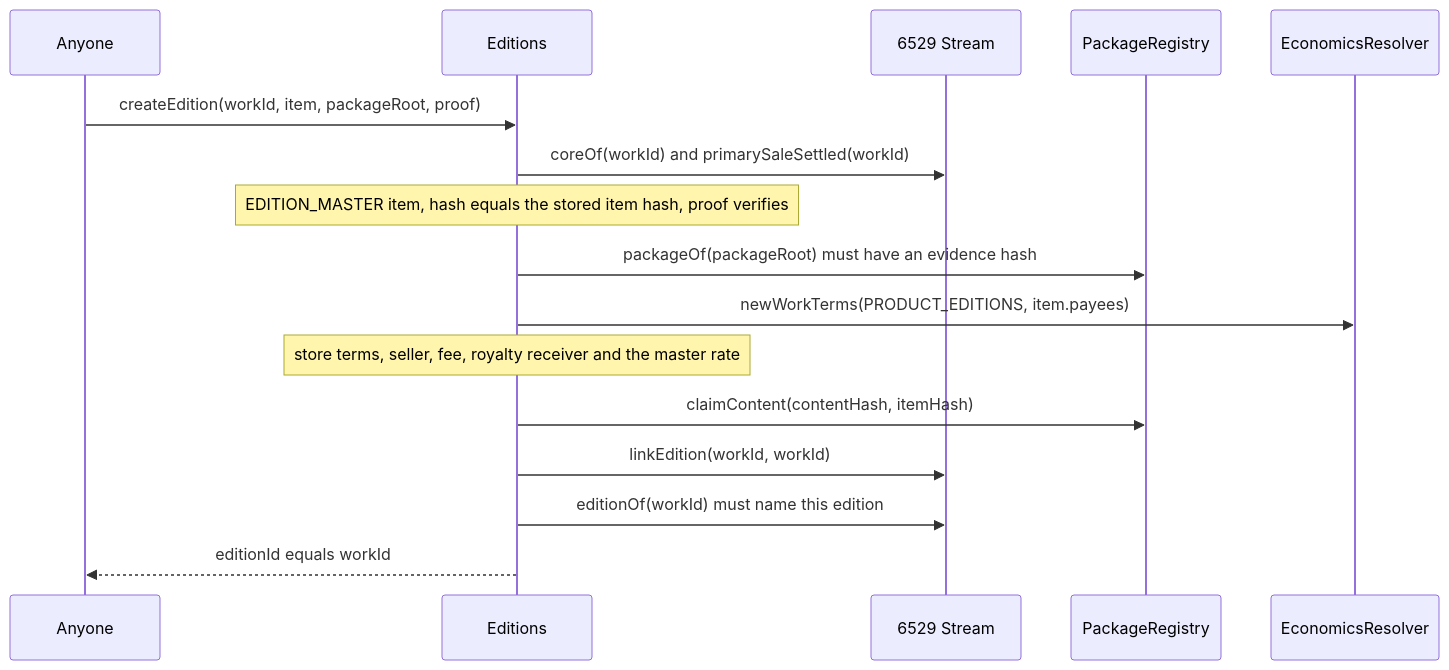
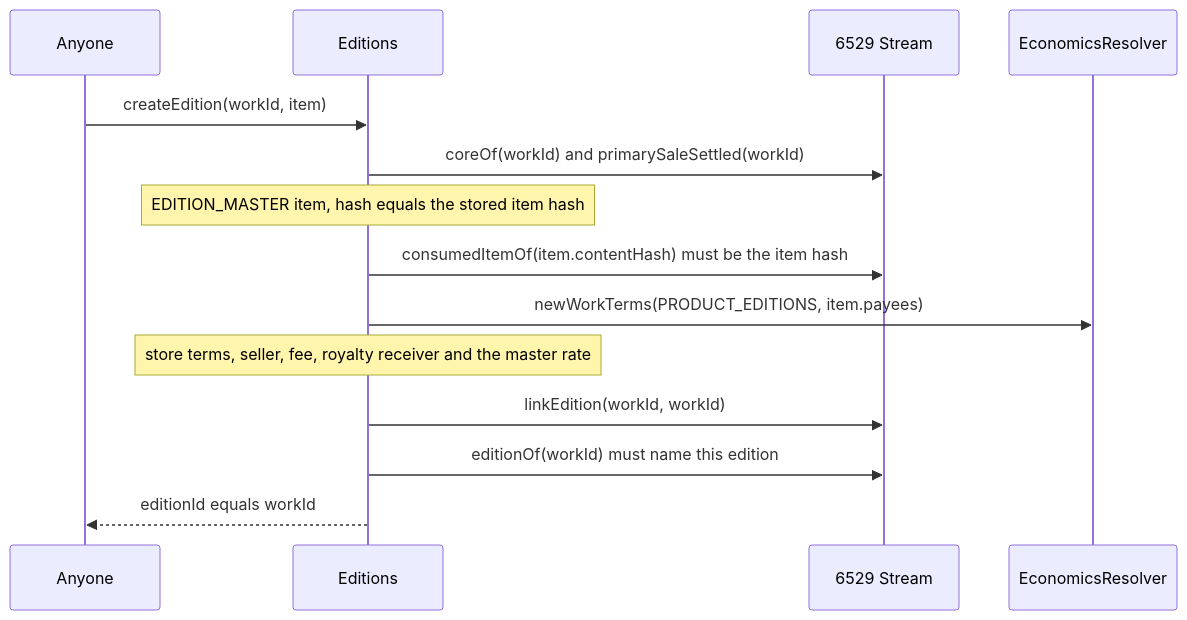
One commit to 6529-Collections/6529-works changed the third of 9 diagrams in docs/spec/editions-and-sales.md. Above: the diagram before and after it, drawn with Mermaid. The commit also changed other lines of this file and 369 other files, not shown here.

````diff
--- a/docs/spec/editions-and-sales.md
+++ b/docs/spec/editions-and-sales.md
@@ -433,18 +516,16 @@
 ```mermaid
 sequenceDiagram
     participant Anyone as Anyone
     participant Ed as Editions
     participant Stream as 6529 Stream
-    participant Reg as PackageRegistry
     participant Econ as EconomicsResolver
-    Anyone->>Ed: createEdition(workId, item, packageRoot, proof)
+    Anyone->>Ed: createEdition(workId, item)
     Ed->>Stream: coreOf(workId) and primarySaleSettled(workId)
-    Note over Ed: EDITION_MASTER item, hash equals the stored item hash, proof verifies
-    Ed->>Reg: packageOf(packageRoot) must have an evidence hash
+    Note over Ed: EDITION_MASTER item, hash equals the stored item hash
+    Ed->>Stream: consumedItemOf(item.contentHash) must be the item hash
     Ed->>Econ: newWorkTerms(PRODUCT_EDITIONS, item.payees)
     Note over Ed: store terms, seller, fee, royalty receiver and the master rate
-    Ed->>Reg: claimContent(contentHash, itemHash)
     Ed->>Stream: linkEdition(workId, workId)
     Ed->>Stream: editionOf(workId) must name this edition
     Ed-->>Anyone: editionId equals workId
 ```
````
